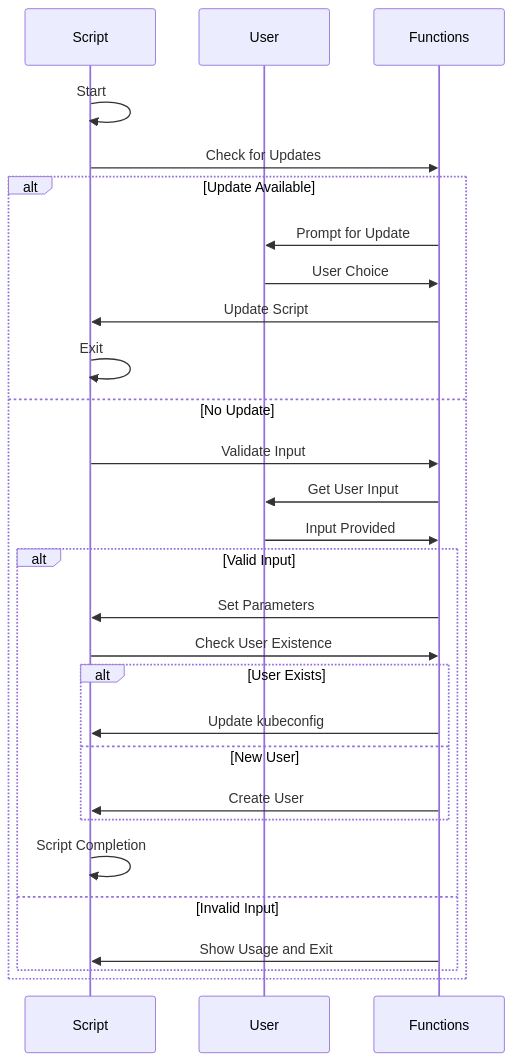
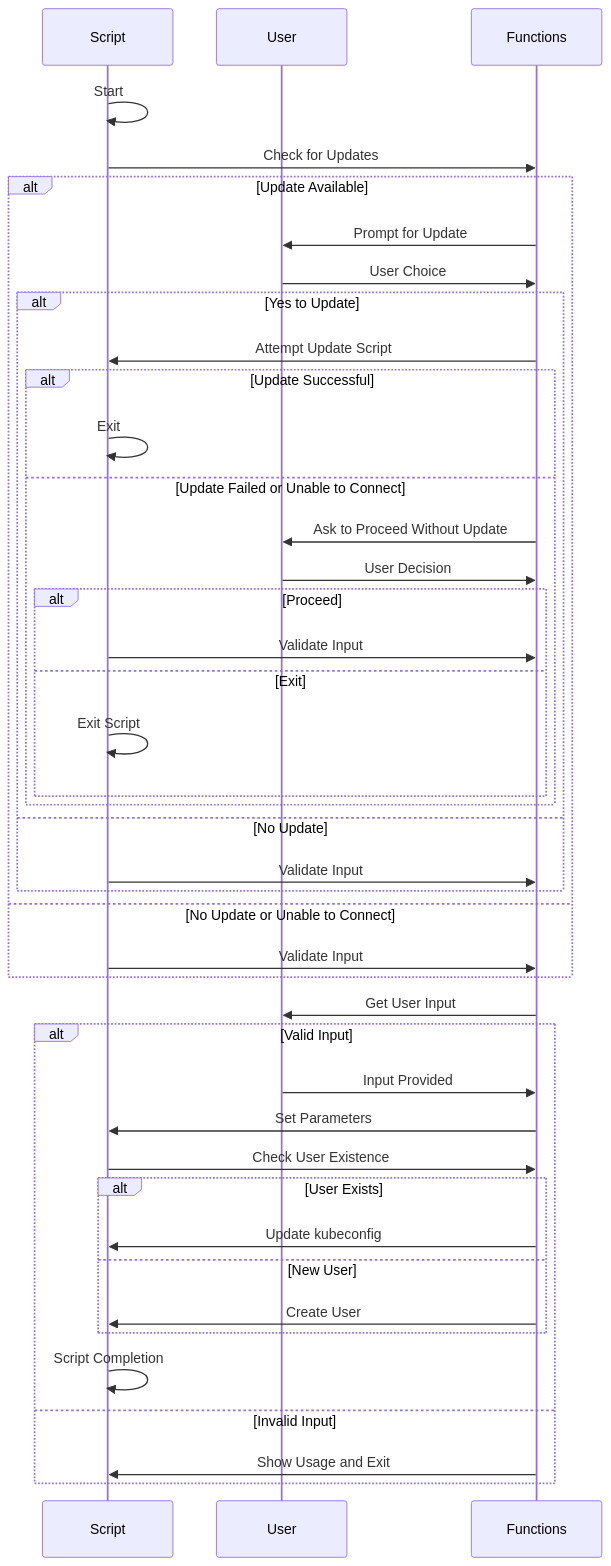
One commit to PaulRoze/mezeze changed the second of 2 diagrams in README.md. Above: the diagram before and after it, drawn with Mermaid. The commit also changed other lines of this file and 1 other file, not shown here.

Commit message:
Add Network error handling (#9)
* Add error handling for scenarios where there might be no internet connection

* README.md align flows and fix typo

* reduce duplication by placing the alias definitions in a variable

* Updated user prompts for clarity and enabled immediate input response

* Bump version to v1.0.2

* use -r with read prevents backslashes from being interpreted as escape characters

````diff
--- a/README.md
+++ b/README.md
@@ -97,31 +123,45 @@
 ```mermaid
 sequenceDiagram
     participant S as Script
     participant U as User
     participant F as Functions
 
     S->>S: Start
     S->>F: Check for Updates
     alt Update Available
         F->>U: Prompt for Update
         U->>F: User Choice
-        F->>S: Update Script
-        S->>S: Exit
-    else No Update
+        alt Yes to Update
+            F->>S: Attempt Update Script
+            alt Update Successful
+                S->>S: Exit
+            else Update Failed or Unable to Connect
+                F->>U: Ask to Proceed Without Update
+                U->>F: User Decision
+                alt Proceed
+                    S->>F: Validate Input
+                else Exit
+                    S->>S: Exit Script
+                end
+            end
+        else No Update
+            S->>F: Validate Input
+        end
+    else No Update or Unable to Connect
         S->>F: Validate Input
-        F->>U: Get User Input
+    end
+    F->>U: Get User Input
+    alt Valid Input
         U->>F: Input Provided
-        alt Valid Input
-            F->>S: Set Parameters
-            S->>F: Check User Existence
-            alt User Exists
-                F->>S: Update kubeconfig
-            else New User
-                F->>S: Create User
-            end
-            S->>S: Script Completion
-        else Invalid Input
-            F->>S: Show Usage and Exit
+        F->>S: Set Parameters
+        S->>F: Check User Existence
+        alt User Exists
+            F->>S: Update kubeconfig
+        else New User
+            F->>S: Create User
         end
+        S->>S: Script Completion
+    else Invalid Input
+        F->>S: Show Usage and Exit
     end
 ```
````
